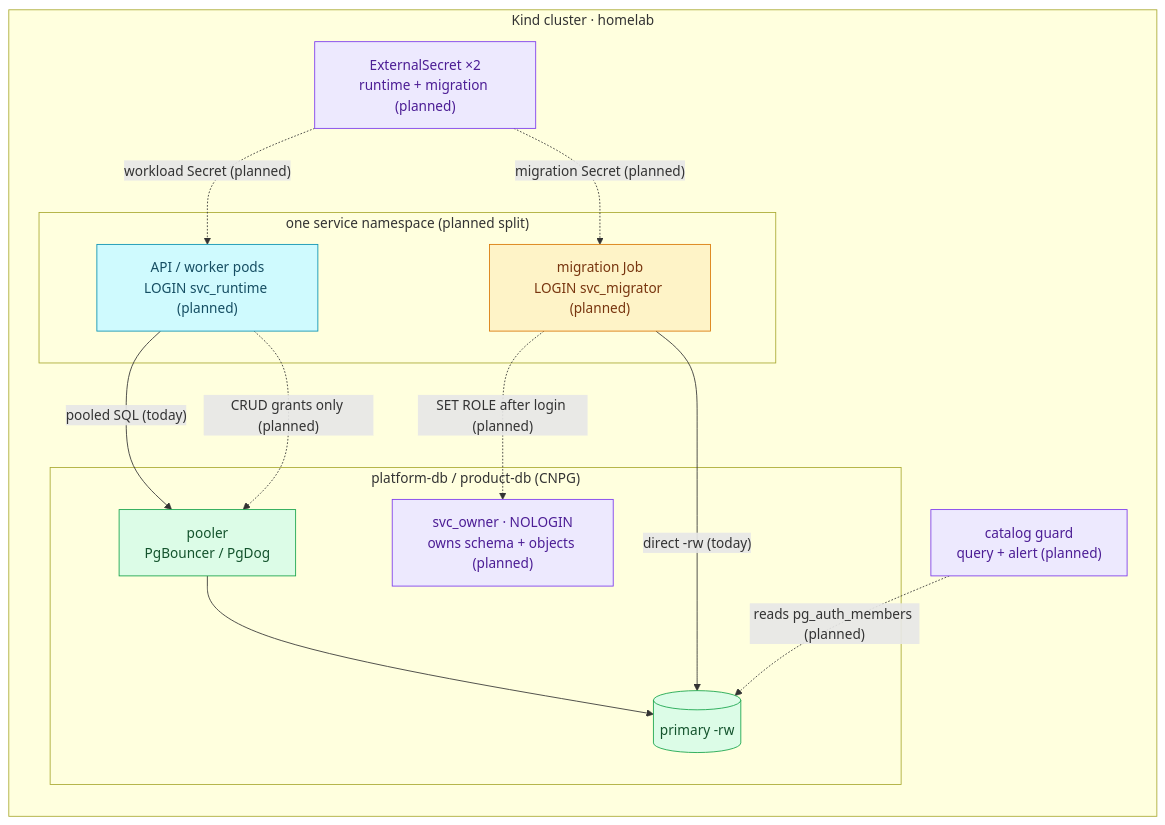
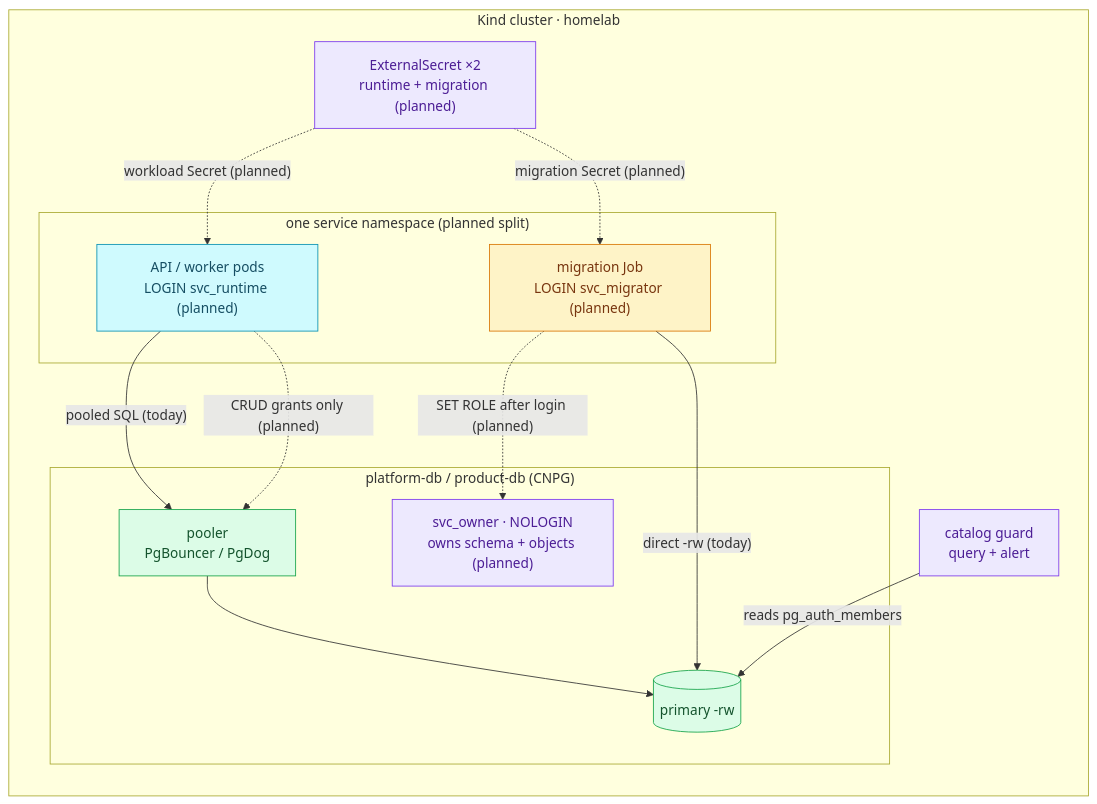
The first of 2 diagrams in docs/proposals/rfc/RFC-0029/README.md (duynhlab/homelab), drawn with Mermaid before and after one commit. The commit also changed other lines of this file and 13 other files, not shown here.

````diff
--- a/docs/proposals/rfc/RFC-0029/README.md
+++ b/docs/proposals/rfc/RFC-0029/README.md
@@ -154,29 +154,29 @@
 ```mermaid
 flowchart LR
     subgraph cluster["Kind cluster · homelab"]
         subgraph svc["one service namespace (planned split)"]
             job["migration Job<br/>LOGIN svc_migrator (planned)"]:::worker
             api["API / worker pods<br/>LOGIN svc_runtime (planned)"]:::service
         end
         subgraph data["platform-db / product-db (CNPG)"]
             pooler["pooler<br/>PgBouncer / PgDog"]:::data
             primary[("primary -rw")]:::data
             owner["svc_owner · NOLOGIN<br/>owns schema + objects (planned)"]:::platform
         end
         eso["ExternalSecret ×2<br/>runtime + migration (planned)"]:::platform
-        guard["catalog guard<br/>query + alert (planned)"]:::platform
+        guard["catalog guard<br/>query + alert"]:::platform
     end
 
     eso -. "workload Secret (planned)" .-> api
     eso -. "migration Secret (planned)" .-> job
     api -->|"pooled SQL (today)"| pooler --> primary
     api -. "CRUD grants only (planned)" .-> pooler
     job -->|"direct -rw (today)"| primary
     job -. "SET ROLE after login (planned)" .-> owner
-    guard -. "reads pg_auth_members (planned)" .-> primary
+    guard -->|"reads pg_auth_members"| primary
 
     classDef service fill:#cffafe,color:#164e63,stroke:#0891b2;
     classDef worker fill:#fef3c7,color:#78350f,stroke:#d97706;
     classDef platform fill:#ede9fe,color:#4c1d95,stroke:#7c3aed;
     classDef data fill:#dcfce7,color:#14532d,stroke:#16a34a;
 ```
````
